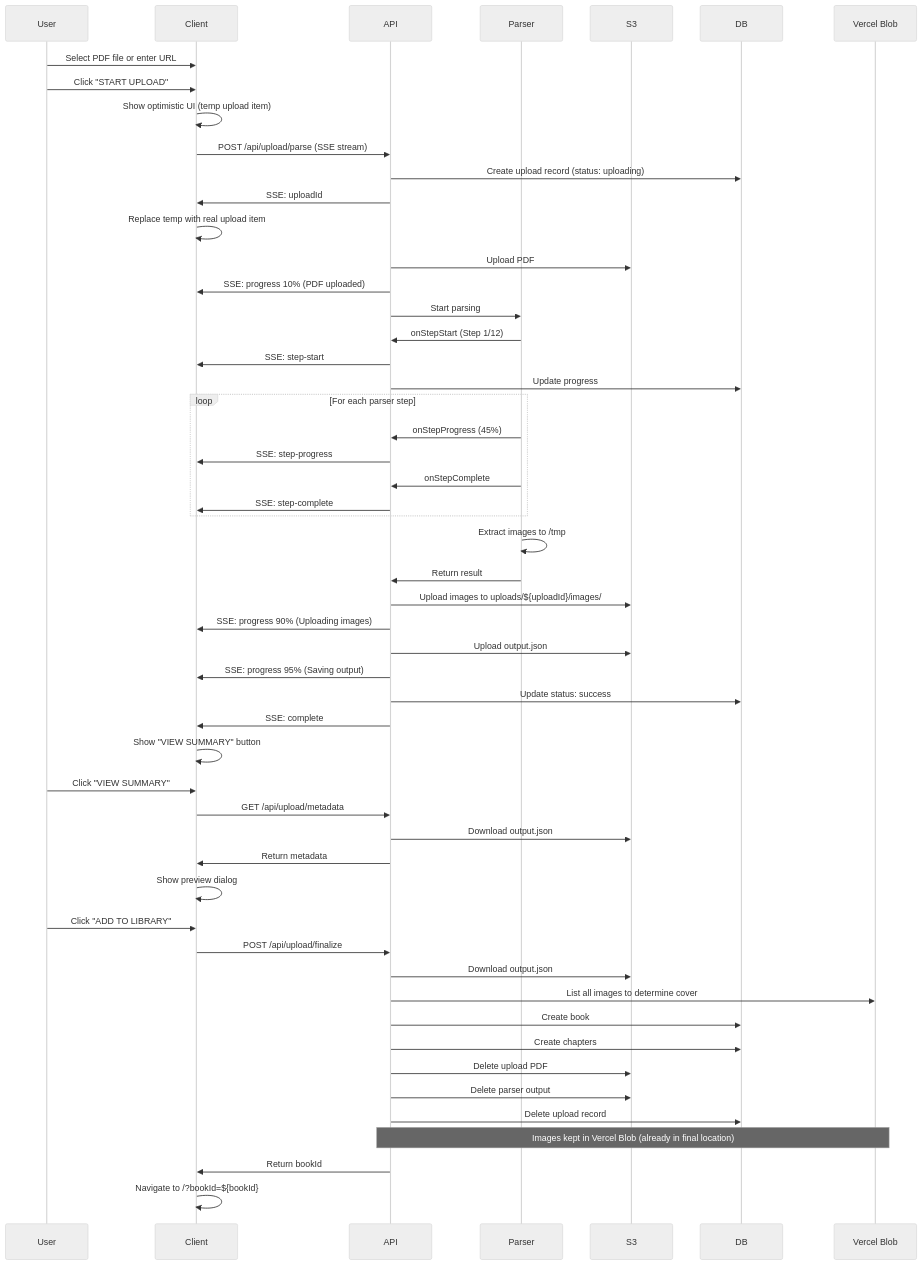
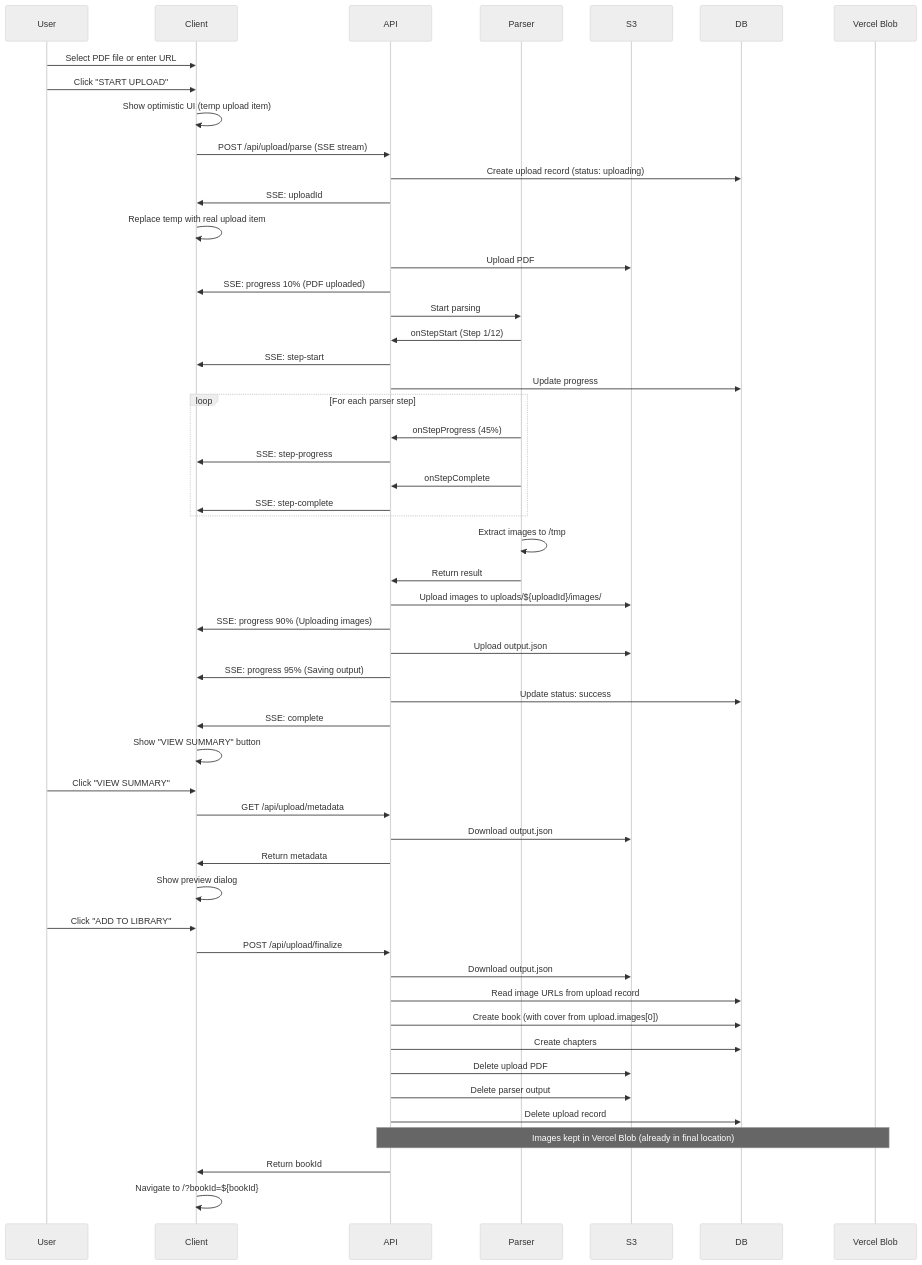
The first of 4 diagrams in docs/BOOK-UPLOAD-FEATURE.md (gileck/book-reader-app), drawn with Mermaid (neutral theme) before and after one commit. The commit also changed other lines of this file and 6 other files, not shown here.

First line of the commit message:
Optimize Vercel Blob usage by storing image metadata in database

````diff
--- a/docs/BOOK-UPLOAD-FEATURE.md
+++ b/docs/BOOK-UPLOAD-FEATURE.md
@@ -89,71 +90,71 @@
 ```mermaid
 sequenceDiagram
     participant User
     participant Client
     participant API
     participant Parser
     participant S3
     participant DB
 
     User->>Client: Select PDF file or enter URL
     User->>Client: Click "START UPLOAD"
     
     Client->>Client: Show optimistic UI (temp upload item)
     Client->>API: POST /api/upload/parse (SSE stream)
     
     API->>DB: Create upload record (status: uploading)
     API->>Client: SSE: uploadId
     Client->>Client: Replace temp with real upload item
     
     API->>S3: Upload PDF
     API->>Client: SSE: progress 10% (PDF uploaded)
     
     API->>Parser: Start parsing
     Parser->>API: onStepStart (Step 1/12)
     API->>Client: SSE: step-start
     API->>DB: Update progress
     
     loop For each parser step
         Parser->>API: onStepProgress (45%)
         API->>Client: SSE: step-progress
         Parser->>API: onStepComplete
         API->>Client: SSE: step-complete
     end
     
     Parser->>Parser: Extract images to /tmp
     Parser->>API: Return result
     
     API->>S3: Upload images to uploads/${uploadId}/images/
     API->>Client: SSE: progress 90% (Uploading images)
     
     API->>S3: Upload output.json
     API->>Client: SSE: progress 95% (Saving output)
     
     API->>DB: Update status: success
     API->>Client: SSE: complete
     
     Client->>Client: Show "VIEW SUMMARY" button
     
     User->>Client: Click "VIEW SUMMARY"
     Client->>API: GET /api/upload/metadata
     API->>S3: Download output.json
     API->>Client: Return metadata
     Client->>Client: Show preview dialog
     
     User->>Client: Click "ADD TO LIBRARY"
     Client->>API: POST /api/upload/finalize
     
     API->>S3: Download output.json
-    API->>Vercel Blob: List all images to determine cover
-    API->>DB: Create book
+    API->>DB: Read image URLs from upload record
+    API->>DB: Create book (with cover from upload.images[0])
     API->>DB: Create chapters
     
     API->>S3: Delete upload PDF
     API->>S3: Delete parser output
     API->>DB: Delete upload record
     
     Note over API,Vercel Blob: Images kept in Vercel Blob (already in final location)
     API->>Client: Return bookId
     
     Client->>Client: Navigate to /?bookId=${bookId}
 ```
````
